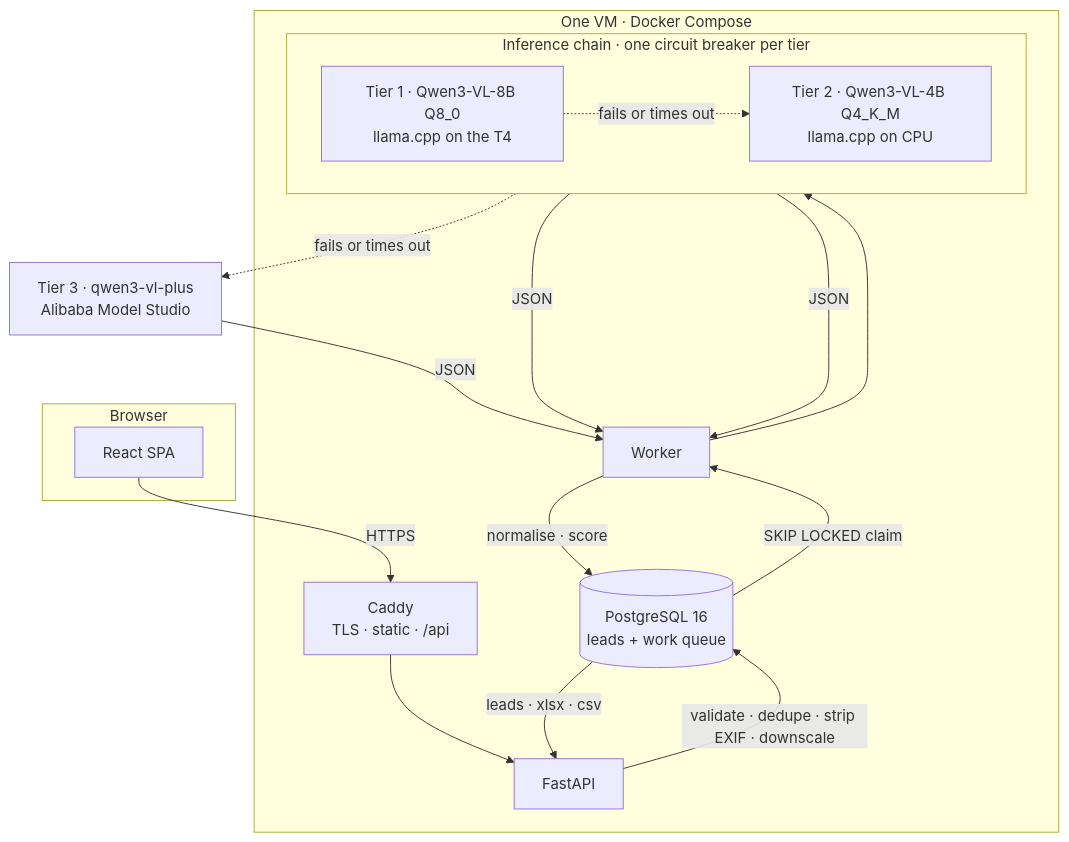
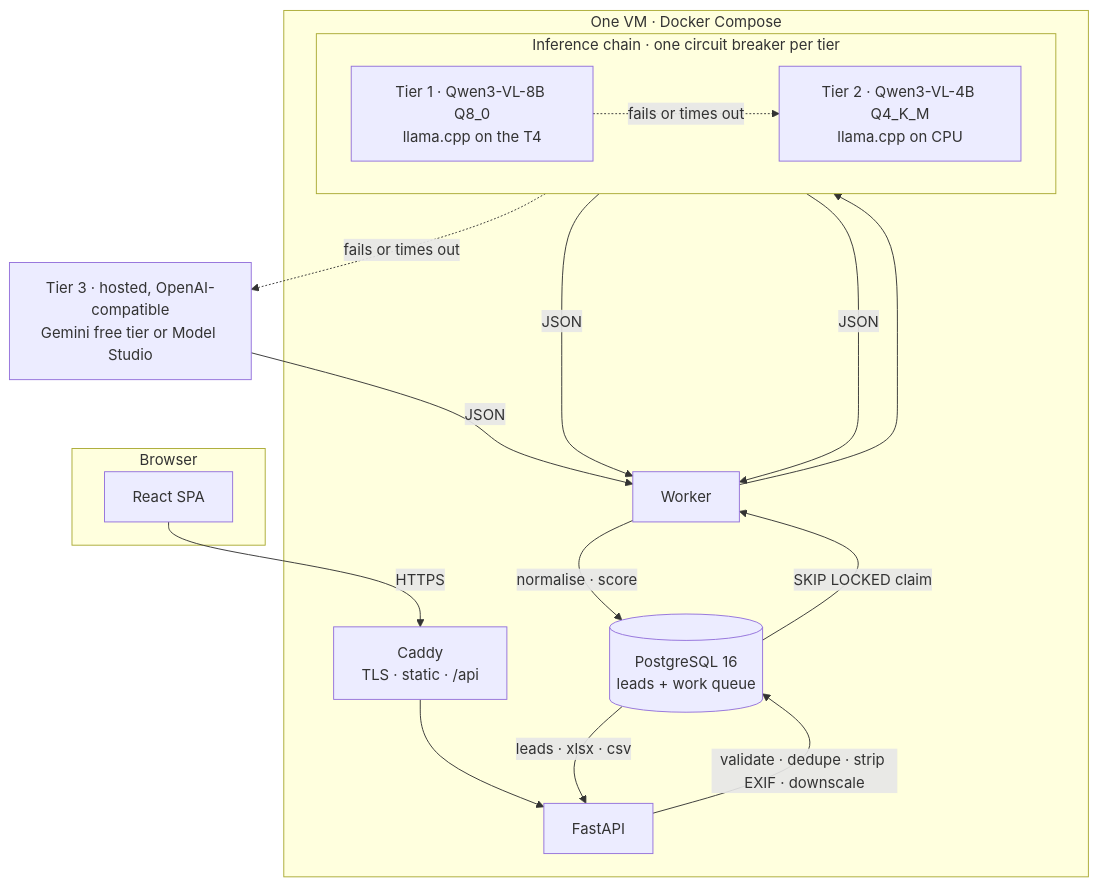
One commit to muditagrawal-alt/VLM_Business_Card_Lead_Extraction changed the diagram in README.md. Above: the diagram before and after it, drawn with Mermaid. The commit also changed other lines of this file, not shown here.

First line of the commit message:
docs(readme): describe the retired GPU deployment, the free hosted tier and the guardrails

````diff
--- a/README.md
+++ b/README.md
@@ -90,26 +92,26 @@
 ```mermaid
 flowchart TB
     subgraph browser [Browser]
         UI[React SPA]
     end
     subgraph vm ["One VM · Docker Compose"]
         Caddy["Caddy<br/>TLS · static · /api"]
         API[FastAPI]
         PG[("PostgreSQL 16<br/>leads + work queue")]
         W[Worker]
         subgraph chain ["Inference chain · one circuit breaker per tier"]
             direction LR
             T1["Tier 1 · Qwen3-VL-8B Q8_0<br/>llama.cpp on the T4"]
             T2["Tier 2 · Qwen3-VL-4B Q4_K_M<br/>llama.cpp on CPU"]
         end
     end
-    T3["Tier 3 · qwen3-vl-plus<br/>Alibaba Model Studio"]
+    T3["Tier 3 · hosted, OpenAI-compatible<br/>Gemini free tier or Model Studio"]
 
     UI -- HTTPS --> Caddy --> API
     API -- "validate · dedupe · strip EXIF · downscale" --> PG
     PG -- "SKIP LOCKED claim" --> W
     W --> T1 -. "fails or times out" .-> T2 -. "fails or times out" .-> T3
     T1 & T2 & T3 -- JSON --> W
     W -- "normalise · score" --> PG
     PG -- "leads · xlsx · csv" --> API
 ```
````
